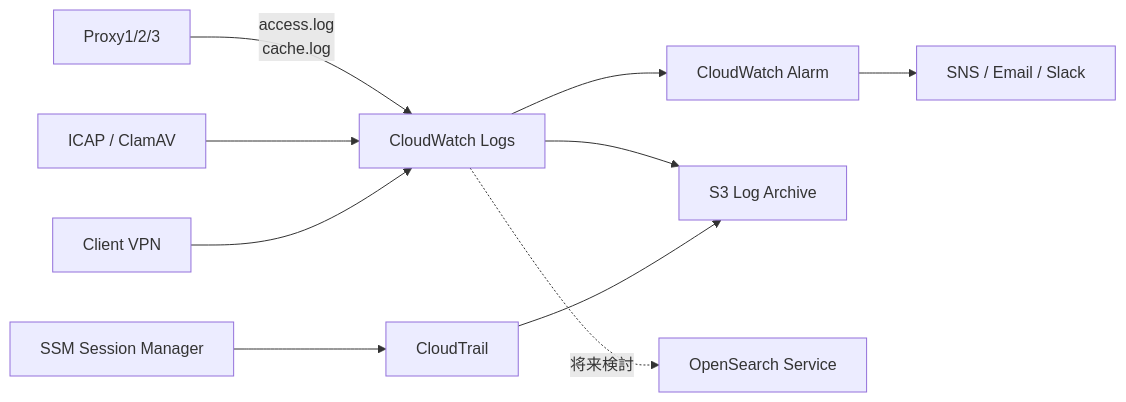
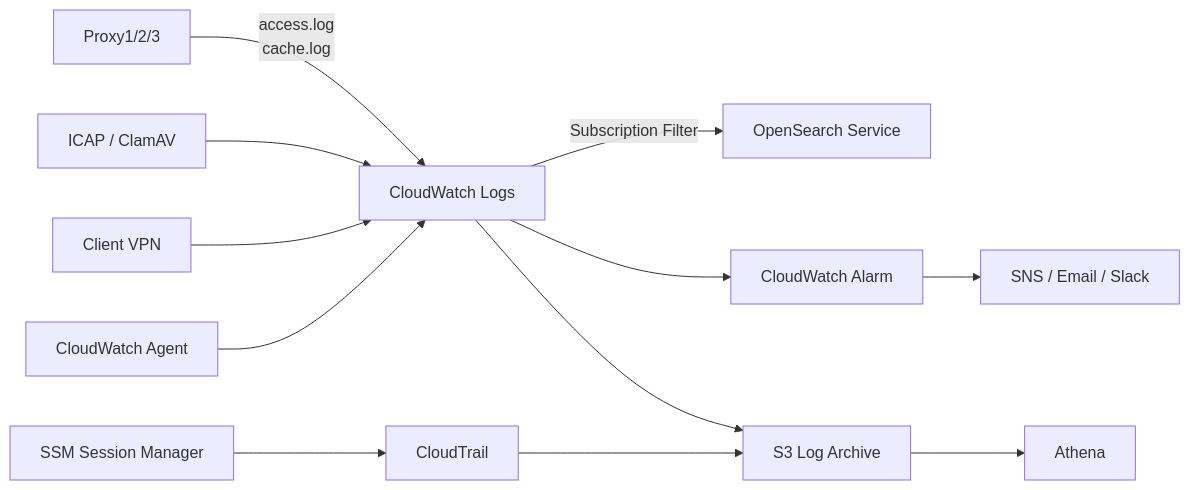
Before and after one commit to Tanasu0417/code-of-life-public: the first of 2 diagrams in aws-deployment-plan.md, drawn with Mermaid. The commit also changed other lines of this file and 5 other files, not shown here.

First line of the commit message:
refactor: align portfolio with v2 diagrams and harden Mermaid rendering

````diff
--- a/aws-deployment-plan.md
+++ b/aws-deployment-plan.md
@@ -242,12 +273,14 @@
 ```mermaid
 graph LR
     PX[Proxy1/2/3] -->|access.log<br/>cache.log| CW[CloudWatch Logs]
     ICAP[ICAP / ClamAV] --> CW
     VPN[Client VPN] --> CW
+    AGT[CloudWatch Agent] --> CW
+    CW -->|Subscription Filter| OS[OpenSearch Service]
     CW --> ALM[CloudWatch Alarm]
     CW --> S3A[S3 Log Archive]
-    CW -.将来検討.-> OS[OpenSearch Service]
+    S3A --> ATN[Athena]
     ALM --> SNS[SNS / Email / Slack]
     SSM[SSM Session Manager] --> CT[CloudTrail]
     CT --> S3A
 ```
````
